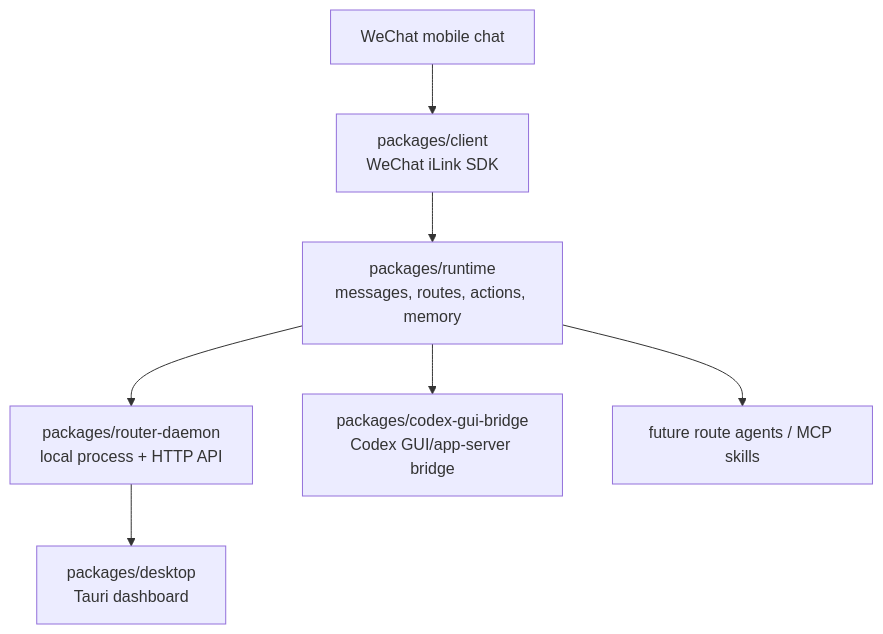
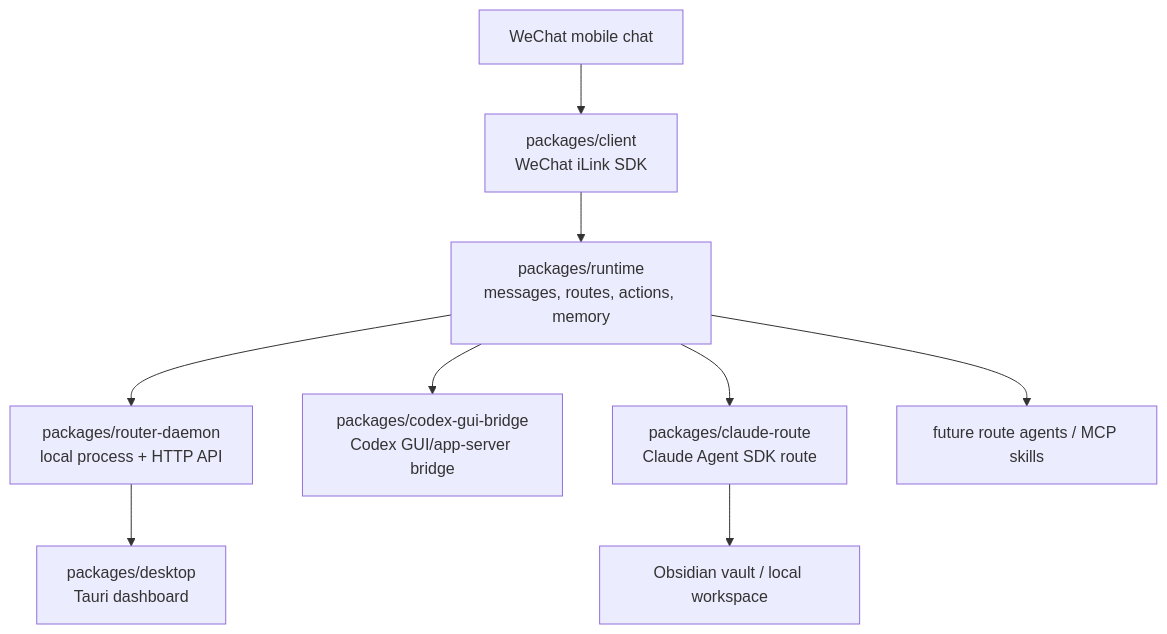
Before and after one commit to WillbsoluteVodka/wechat2all: the diagram in README.md, drawn with Mermaid. The commit also changed other lines of this file and 36 other files, not shown here.

Commit message:
Add Claude route integration

````diff
--- a/README.md
+++ b/README.md
@@ -13,9 +13,11 @@
 ```mermaid
 flowchart TD
   W["WeChat mobile chat"] --> C["packages/client<br/>WeChat iLink SDK"]
   C --> R["packages/runtime<br/>messages, routes, actions, memory"]
   R --> D["packages/router-daemon<br/>local process + HTTP API"]
   D --> UI["packages/desktop<br/>Tauri dashboard"]
   R --> CG["packages/codex-gui-bridge<br/>Codex GUI/app-server bridge"]
+  R --> CL["packages/claude-route<br/>Claude Agent SDK route"]
+  CL --> V["Obsidian vault / local workspace"]
   R --> A["future route agents / MCP skills"]
 ```
````
